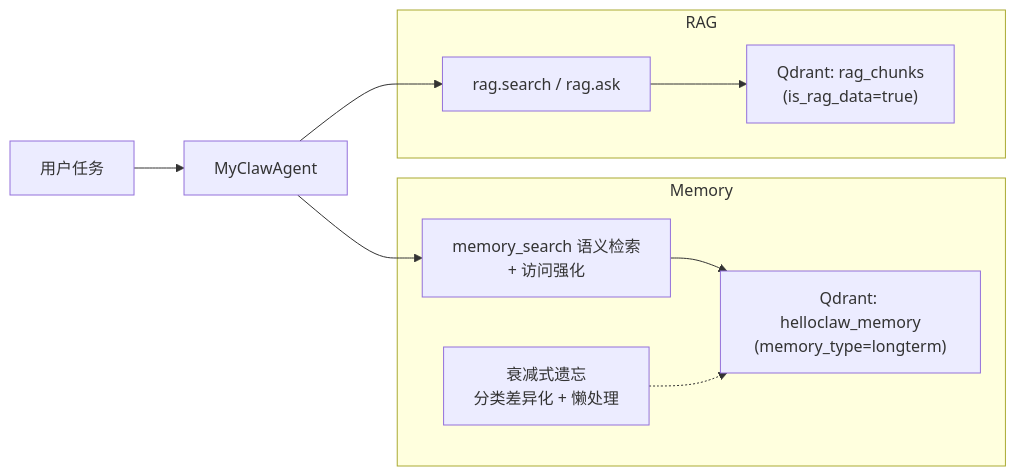
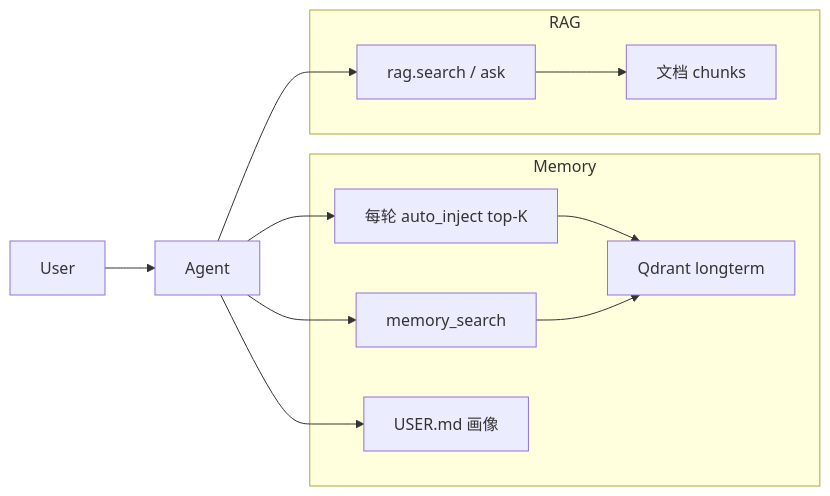
Before and after one commit to promisestar/MyClaw: the fourth of 4 diagrams in docs/MyClaw实现详解/MyClaw_Memory实现文档.md, drawn with Mermaid. The commit also changed other lines of this file and 6 other files, not shown here.

````diff
--- a/docs/MyClaw实现详解/MyClaw_Memory实现文档.md
+++ b/docs/MyClaw实现详解/MyClaw_Memory实现文档.md
@@ -346,18 +305,21 @@
 ```mermaid
 flowchart LR
     subgraph mem["Memory"]
-        M1["Qdrant: helloclaw_memory<br/>(memory_type=longterm)"]
-        M2["memory_search 语义检索<br/>+ 访问强化"]
-        M3["衰减式遗忘<br/>分类差异化 + 懒处理"]
+        M1["Qdrant longterm"]
+        M2["每轮 auto_inject top-K"]
+        M3["memory_search"]
+        M4["USER.md 画像"]
     end
     subgraph rag["RAG"]
-        R1["Qdrant: rag_chunks<br/>(is_rag_data=true)"]
-        R2["rag.search / rag.ask"]
+        R1["文档 chunks"]
+        R2["rag.search / ask"]
     end
-    User["用户任务"] --> Agent["MyClawAgent"]
+    User --> Agent
     Agent --> M2
+    Agent --> M3
+    Agent --> M4
     Agent --> R2
     M2 --> M1
+    M3 --> M1
     R2 --> R1
-    M3 -.-> M1
 ```
````
